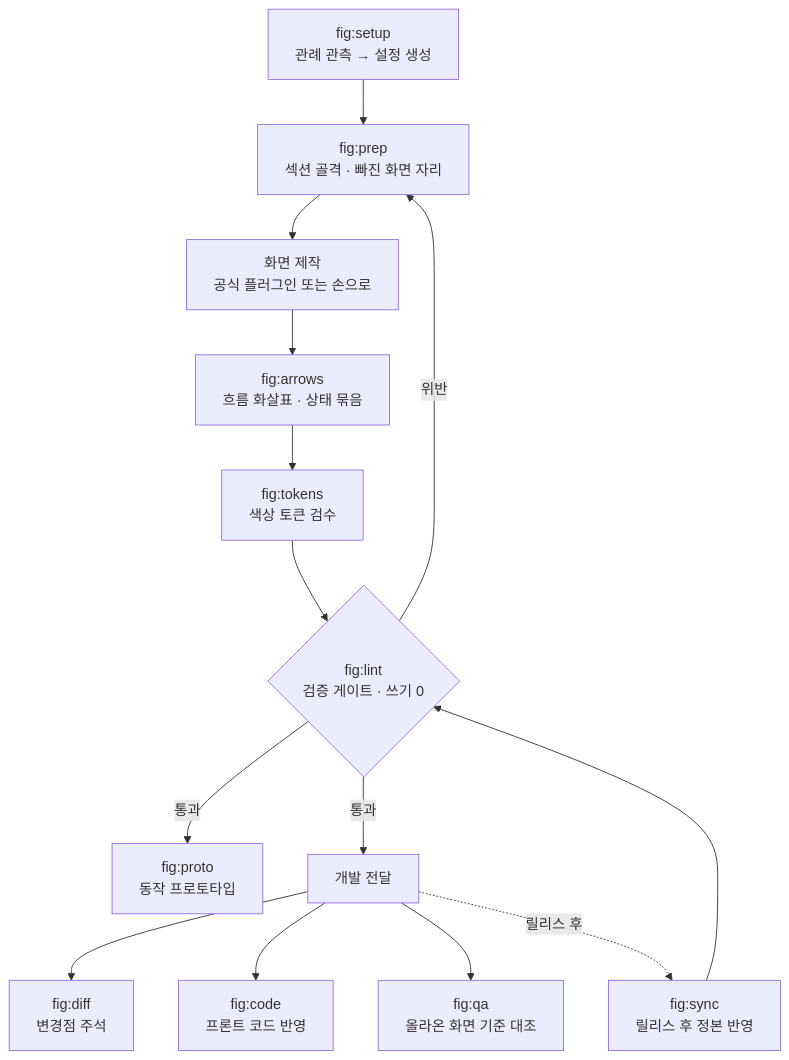
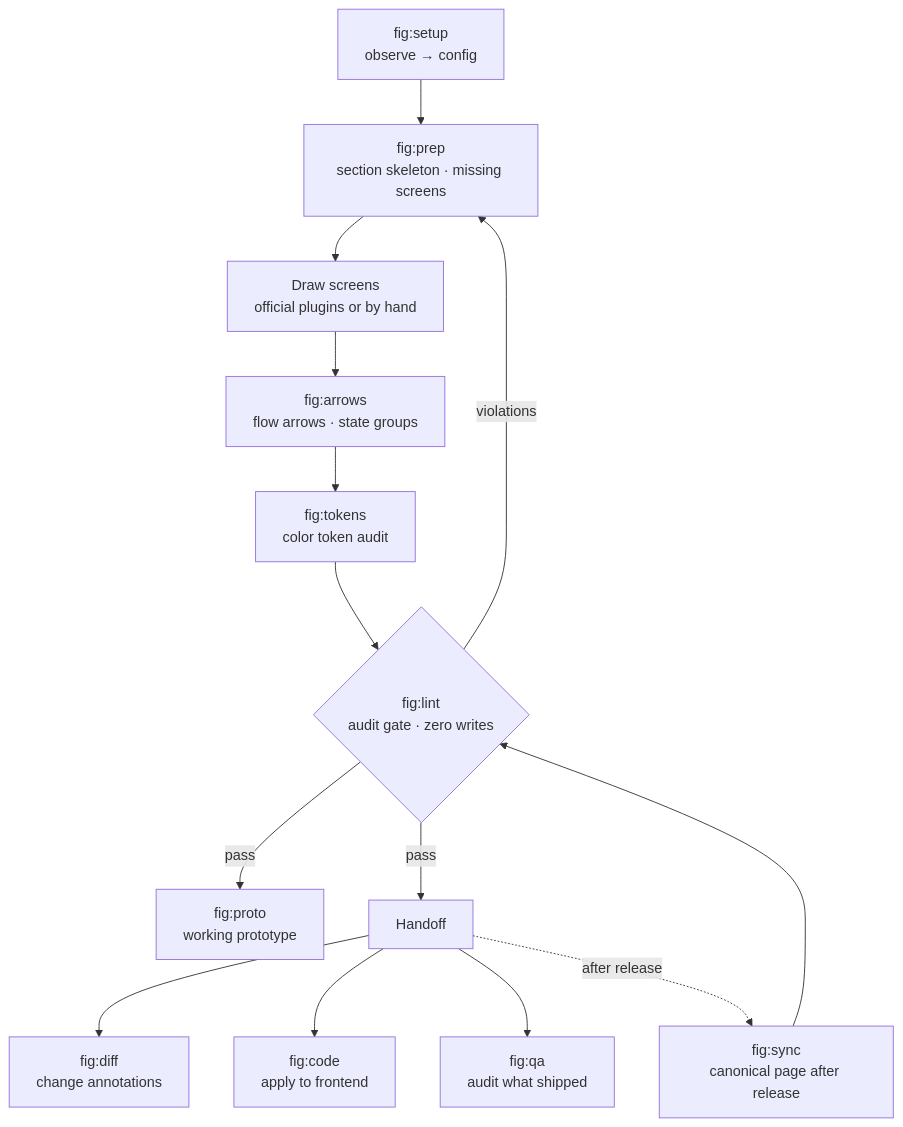
One commit to byjunyoung/claude-figma-skills changed the diagram in README.md. Above: the diagram before and after it, drawn with Mermaid. The commit also changed other lines of this file and 18 other files, not shown here.

````diff
--- a/README.md
+++ b/README.md
@@ -127,25 +127,25 @@
 ```mermaid
 flowchart TD
-    setup["fig:setup<br/>관례 관측 → 설정 생성"]
-    prep["fig:prep<br/>섹션 골격 · 빠진 화면 자리"]
-    draw["화면 제작<br/>공식 플러그인 또는 손으로"]
-    arrows["fig:arrows<br/>흐름 화살표 · 상태 묶음"]
-    tokens["fig:tokens<br/>색상 토큰 검수"]
-    lint{"fig:lint<br/>검증 게이트 · 쓰기 0"}
-    proto["fig:proto<br/>동작 프로토타입"]
-    handoff["개발 전달"]
-    diff["fig:diff<br/>변경점 주석"]
-    code["fig:code<br/>프론트 코드 반영"]
-    sync["fig:sync<br/>릴리스 후 정본 반영"]
-    qa["fig:qa<br/>올라온 화면 기준 대조"]
+    setup["fig:setup<br/>observe → config"]
+    prep["fig:prep<br/>section skeleton · missing screens"]
+    draw["Draw screens<br/>official plugins or by hand"]
+    arrows["fig:arrows<br/>flow arrows · state groups"]
+    tokens["fig:tokens<br/>color token audit"]
+    lint{"fig:lint<br/>audit gate · zero writes"}
+    proto["fig:proto<br/>working prototype"]
+    handoff["Handoff"]
+    diff["fig:diff<br/>change annotations"]
+    code["fig:code<br/>apply to frontend"]
+    sync["fig:sync<br/>canonical page after release"]
+    qa["fig:qa<br/>audit what shipped"]
 
     setup --> prep --> draw --> arrows --> tokens --> lint
-    lint -- 위반 --> prep
-    lint -- 통과 --> proto
-    lint -- 통과 --> handoff
+    lint -- violations --> prep
+    lint -- pass --> proto
+    lint -- pass --> handoff
     handoff --> diff
     handoff --> code
     handoff --> qa
-    handoff -. 릴리스 후 .-> sync
+    handoff -. after release .-> sync
     sync --> lint
 ```
````
